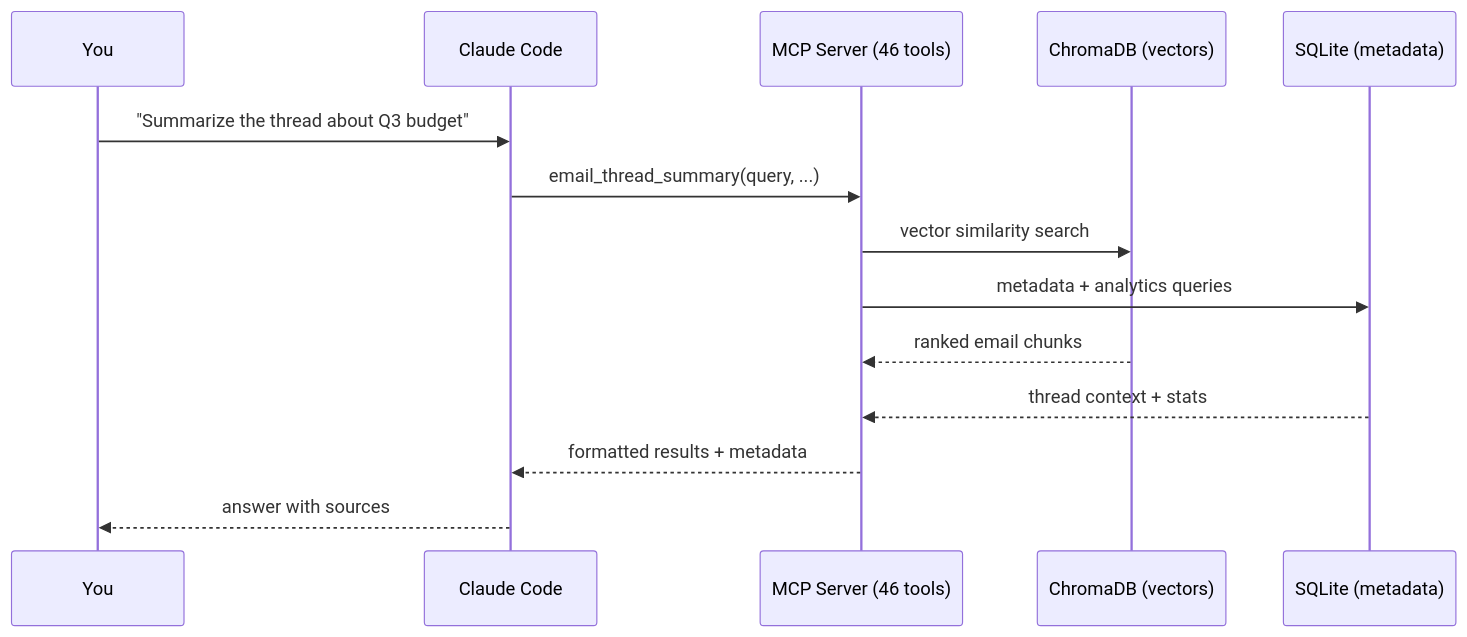
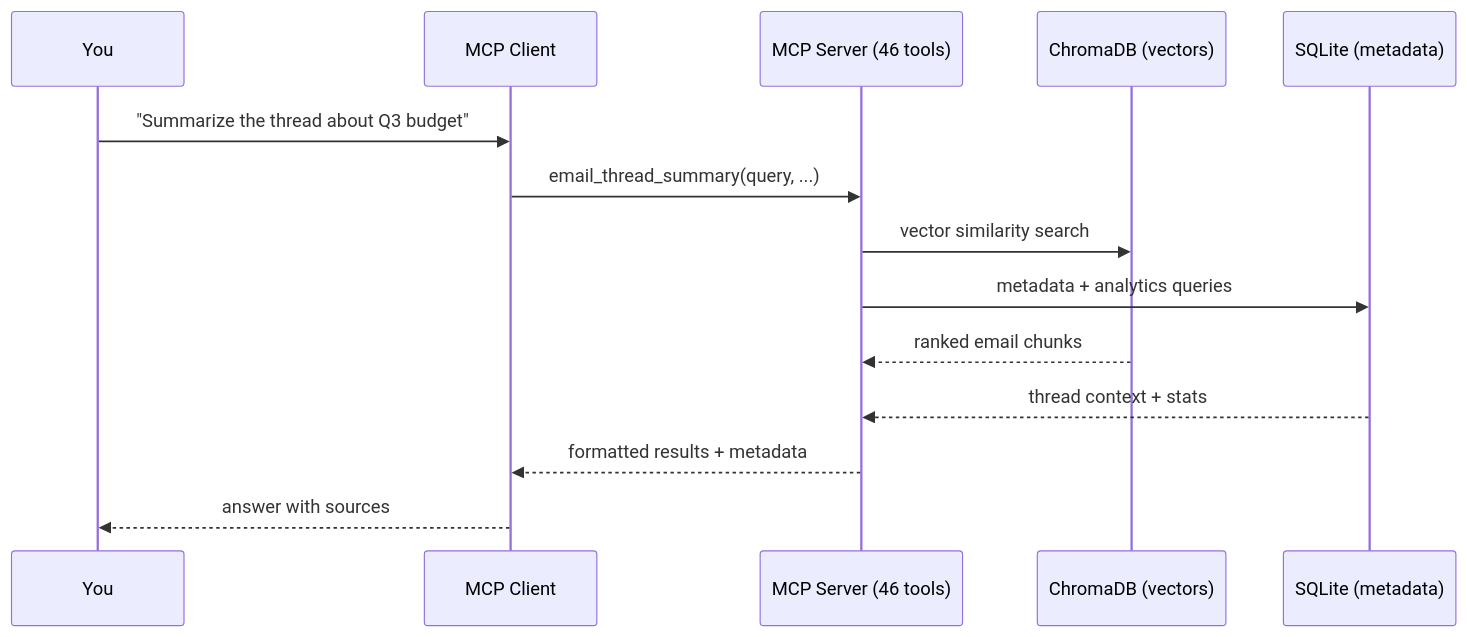
Before and after one commit to sebastianspicker/outlook-email-rag: the second of 8 diagrams in README.md, drawn with Mermaid. The commit also changed other lines of this file and 351 other files, not shown here.

````diff
--- a/README.md
+++ b/README.md
@@ -71,17 +70,17 @@
 ```mermaid
 sequenceDiagram
     participant You
-    participant Claude as Claude Code
+    participant Client as MCP Client
     participant MCP as MCP Server (46 tools)
     participant VDB as ChromaDB (vectors)
     participant SQL as SQLite (metadata)
 
-    You->>Claude: "Summarize the thread about Q3 budget"
-    Claude->>MCP: email_thread_summary(query, ...)
+    You->>Client: "Summarize the thread about Q3 budget"
+    Client->>MCP: email_thread_summary(query, ...)
     MCP->>VDB: vector similarity search
     MCP->>SQL: metadata + analytics queries
     VDB-->>MCP: ranked email chunks
     SQL-->>MCP: thread context + stats
-    MCP-->>Claude: formatted results + metadata
-    Claude-->>You: answer with sources
+    MCP-->>Client: formatted results + metadata
+    Client-->>You: answer with sources
 ```
````
